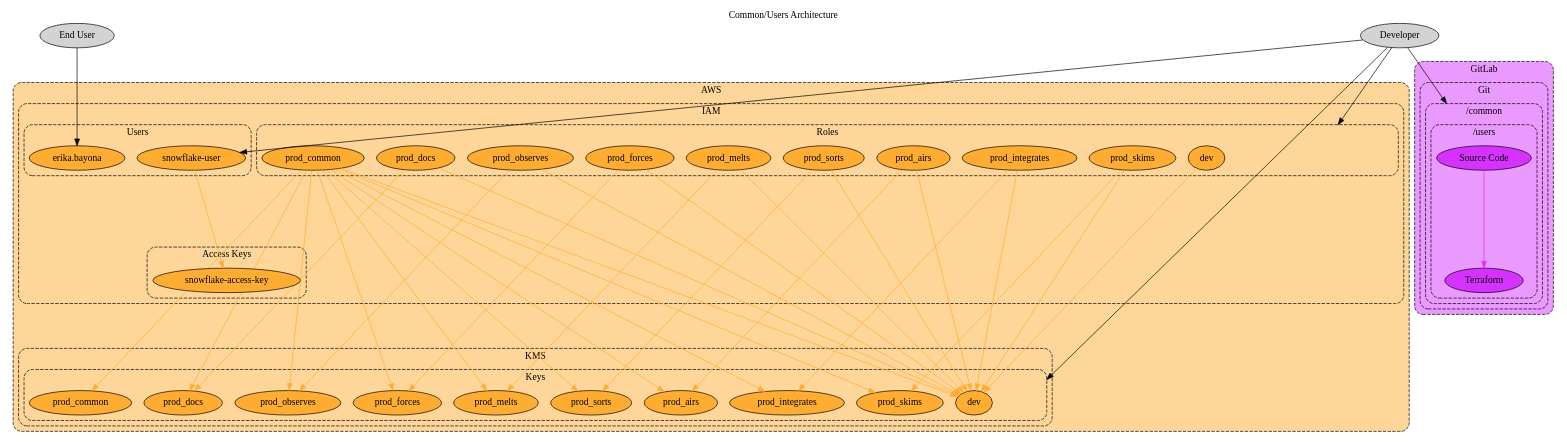
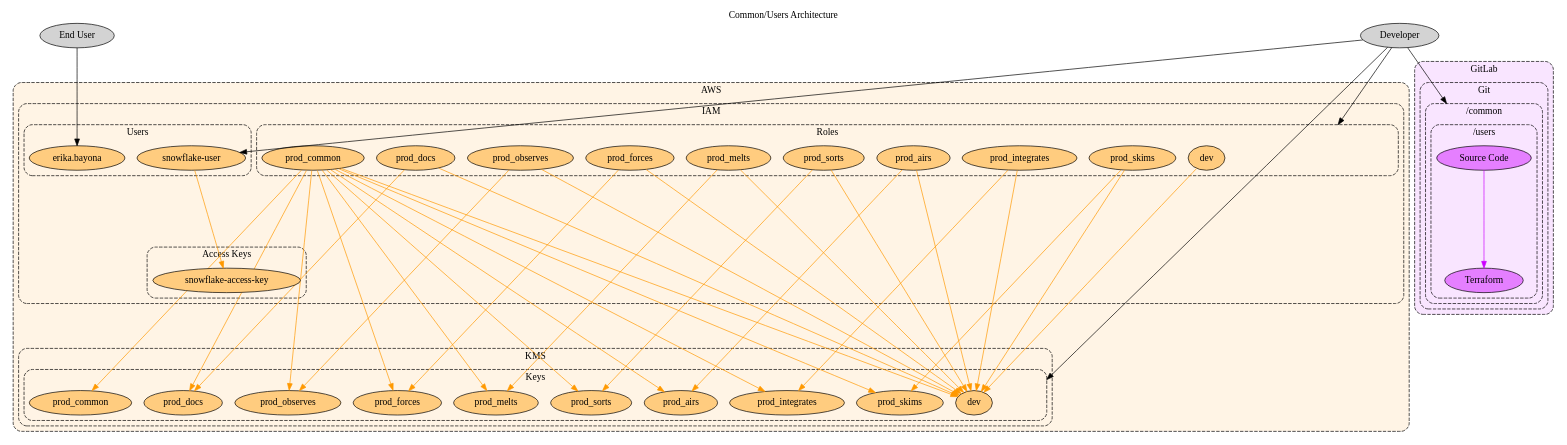
Before and after one commit to jeanbaptistemora/fluidattacks-universe2: the diagram in docs/src/docs/development/products/common-users-arch.dot, drawn with Graphviz. The commit also changed 5 other files, not shown here.

```diff
--- a/docs/src/docs/development/products/common-users-arch.dot
+++ b/docs/src/docs/development/products/common-users-arch.dot
@@ -1,155 +1,155 @@
 // SPDX-FileCopyrightText: 2022 Fluid Attacks <development@fluidattacks.com>
 //
 // SPDX-License-Identifier: MPL-2.0
 
 digraph common {
   label="Common/Users Architecture"
   labelloc="t"
   compound="true"
   layout="dot"
   splines="line"
   scale="scalexy"
   ranksep="2.0"
 
   node[style="filled"]
   graph[style="dashed,rounded"]
 
   subgraph cluster_aws {
     label="AWS"
-    bgcolor="0.1 0.4 1.0"
-    node[fillcolor="0.1 0.8 1.0"]
+    bgcolor="0.1 0.1 1.0"
+    node[fillcolor="0.1 0.5 1.0"]
 
     subgraph cluster_aws_iam {
       label="IAM"
 
       subgraph cluster_aws_iam_roles {
         label="Roles"
 
         cluster_aws_iam_roles[style="invis"]
         aws_iam_roles_dev[label="dev"]
         aws_iam_roles_prod_airs[label="prod_airs"]
         aws_iam_roles_prod_common[label="prod_common"]
         aws_iam_roles_prod_docs[label="prod_docs"]
         aws_iam_roles_prod_forces[label="prod_forces"]
         aws_iam_roles_prod_integrates[label="prod_integrates"]
         aws_iam_roles_prod_melts[label="prod_melts"]
         aws_iam_roles_prod_observes[label="prod_observes"]
         aws_iam_roles_prod_skims[label="prod_skims"]
         aws_iam_roles_prod_sorts[label="prod_sorts"]
       }
 
       subgraph cluster_aws_iam_users {
         label="Users"
 
         aws_iam_users_erika_bayona[label="erika.bayona"]
         aws_iam_users_snowflake_user[label="snowflake-user"]
       }
 
       subgraph cluster_aws_iam_access_keys {
         label="Access Keys"
 
         aws_iam_access_keys_snowflake_access_key[label="snowflake-access-key"]
       }
     }
 
     subgraph cluster_aws_kms {
       label="KMS"
 
       subgraph cluster_aws_kms_keys {
         label="Keys"
 
         cluster_aws_kms_keys[label="" style="invis"]
         aws_kms_keys_dev[label="dev"]
         aws_kms_keys_prod_airs[label="prod_airs"]
         aws_kms_keys_prod_common[label="prod_common"]
         aws_kms_keys_prod_docs[label="prod_docs"]
         aws_kms_keys_prod_forces[label="prod_forces"]
         aws_kms_keys_prod_integrates[label="prod_integrates"]
         aws_kms_keys_prod_melts[label="prod_melts"]
         aws_kms_keys_prod_observes[label="prod_observes"]
         aws_kms_keys_prod_skims[label="prod_skims"]
         aws_kms_keys_prod_sorts[label="prod_sorts"]
       }
     }
   }
 
   subgraph cluster_gitlab {
     label="GitLab"
-    bgcolor="0.8 0.4 1.0"
-    node[fillcolor="0.8 0.8 1.0"]
+    bgcolor="0.8 0.1 1.0"
+    node[fillcolor="0.8 0.5 1.0"]
 
     subgraph cluster_gitlab_git {
       label="Git"
 
       subgraph cluster_gitlab_git_common {
         label="/common"
 
         subgraph cluster_gitlab_git_common_users {
           label="/users"
 
           gitlab_git_common_users[label="Source Code"]
           gitlab_git_common_users_terraform[label="Terraform"]
         }
       }
     }
   }
 
   aws_iam_access_keys_snowflake_access_key -> cluster_aws_kms_keys[style="invis"]
   aws_iam_access_keys_snowflake_access_key -> aws_kms_keys_dev[style="invis"]
   aws_iam_access_keys_snowflake_access_key -> aws_kms_keys_prod_airs[style="invis"]
   aws_iam_access_keys_snowflake_access_key -> aws_kms_keys_prod_common[style="invis"]
   aws_iam_access_keys_snowflake_access_key -> aws_kms_keys_prod_docs[style="invis"]
   aws_iam_access_keys_snowflake_access_key -> aws_kms_keys_prod_forces[style="invis"]
   aws_iam_access_keys_snowflake_access_key -> aws_kms_keys_prod_integrates[style="invis"]
   aws_iam_access_keys_snowflake_access_key -> aws_kms_keys_prod_melts[style="invis"]
   aws_iam_access_keys_snowflake_access_key -> aws_kms_keys_prod_observes[style="invis"]
   aws_iam_access_keys_snowflake_access_key -> aws_kms_keys_prod_skims[style="invis"]
   aws_iam_access_keys_snowflake_access_key -> aws_kms_keys_prod_sorts[style="invis"]
 
-  edge[color="0.1 0.8 1.0"]
+  edge[color="0.1 1.0 1.0"]
   aws_iam_roles_dev -> aws_kms_keys_dev[]
   aws_iam_roles_prod_airs -> aws_kms_keys_dev[]
   aws_iam_roles_prod_airs -> aws_kms_keys_prod_airs[]
   aws_iam_roles_prod_common -> aws_kms_keys_dev[]
   aws_iam_roles_prod_common -> aws_kms_keys_prod_airs[]
   aws_iam_roles_prod_common -> aws_kms_keys_prod_common[]
   aws_iam_roles_prod_common -> aws_kms_keys_prod_docs[]
   aws_iam_roles_prod_common -> aws_kms_keys_prod_forces[]
   aws_iam_roles_prod_common -> aws_kms_keys_prod_integrates[]
   aws_iam_roles_prod_common -> aws_kms_keys_prod_melts[]
   aws_iam_roles_prod_common -> aws_kms_keys_prod_observes[]
   aws_iam_roles_prod_common -> aws_kms_keys_prod_skims[]
   aws_iam_roles_prod_common -> aws_kms_keys_prod_sorts[]
   aws_iam_roles_prod_docs -> aws_kms_keys_dev[]
   aws_iam_roles_prod_docs -> aws_kms_keys_prod_docs[]
   aws_iam_roles_prod_forces -> aws_kms_keys_dev[]
   aws_iam_roles_prod_forces -> aws_kms_keys_prod_forces[]
   aws_iam_roles_prod_integrates -> aws_kms_keys_dev[]
   aws_iam_roles_prod_integrates -> aws_kms_keys_prod_integrates[]
   aws_iam_roles_prod_melts -> aws_kms_keys_dev[]
   aws_iam_roles_prod_melts -> aws_kms_keys_prod_melts[]
   aws_iam_roles_prod_observes -> aws_kms_keys_dev[]
   aws_iam_roles_prod_observes -> aws_kms_keys_prod_observes[]
   aws_iam_roles_prod_skims -> aws_kms_keys_dev[]
   aws_iam_roles_prod_skims -> aws_kms_keys_prod_skims[]
   aws_iam_roles_prod_sorts -> aws_kms_keys_dev[]
   aws_iam_roles_prod_sorts -> aws_kms_keys_prod_sorts[]
   aws_iam_users_snowflake_user -> aws_iam_access_keys_snowflake_access_key[]
 
-  edge[color="0.6 0.8 1.0"]
+  edge[color="0.6 1.0 1.0"]
 
-  edge[color="0.8 0.8 1.0"]
+  edge[color="0.8 1.0 1.0"]
   gitlab_git_common_users -> gitlab_git_common_users_terraform[]
 
   node[fillcolor="/x11/lightgray"]
   developer[label="Developer"]
   end_user[label="End User"]
 
   edge[color="/x11/black"]
   // developer -> cluster_aws_s3_common_ci_cache[]
   developer -> cluster_aws_kms_keys[lhead="cluster_aws_kms_keys"]
   developer -> cluster_aws_iam_roles[lhead="cluster_aws_iam_roles"]
   developer -> gitlab_git_common_users[lhead="cluster_gitlab_git_common"]
   developer -> aws_iam_users_snowflake_user[]
   end_user -> aws_iam_users_erika_bayona[]
 }
```
